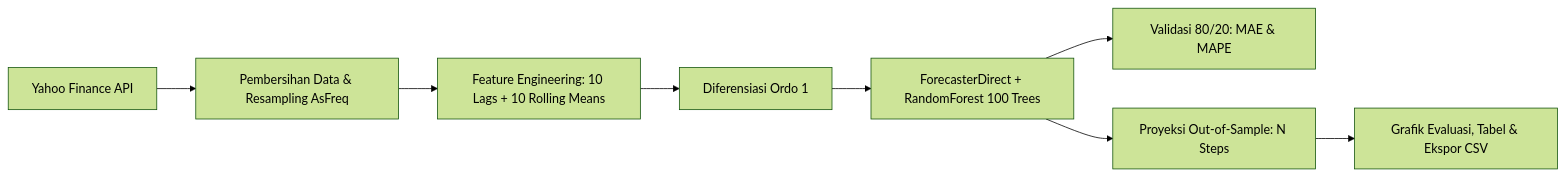
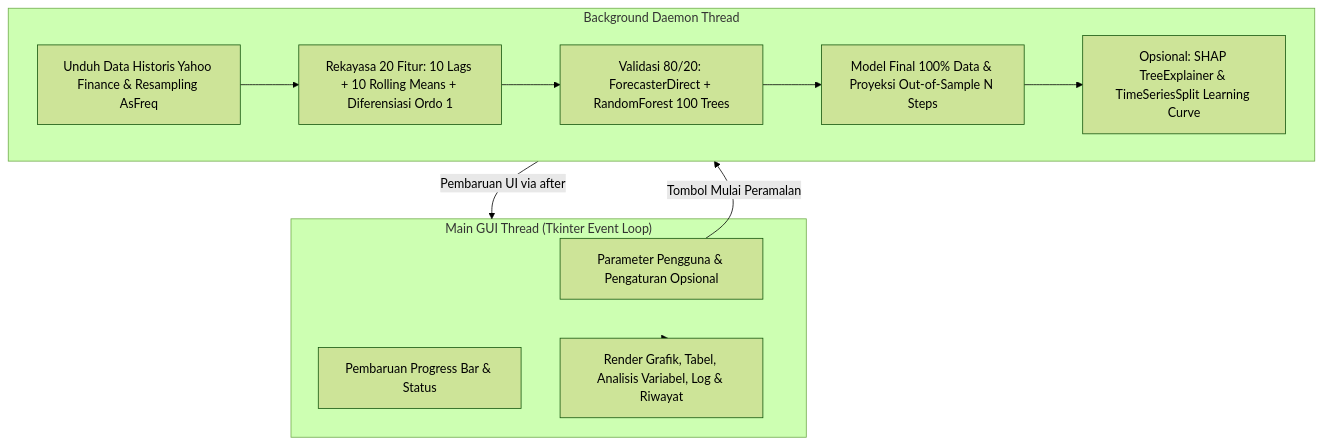
The diagram in README.md (Cahyo-Wisanggeni/Yahoo-Finance-Forecaster), drawn with Mermaid (forest theme) before and after one commit. The commit also changed other lines of this file and 26 other files, not shown here.

````diff
--- a/README.md
+++ b/README.md
@@ -178,10 +172,21 @@
 ```mermaid
-flowchart LR
-    A[Yahoo Finance API] --> B[Pembersihan Data & Resampling AsFreq]
-    B --> C[Feature Engineering: 10 Lags + 10 Rolling Means]
-    C --> D[Diferensiasi Ordo 1]
-    D --> E[ForecasterDirect + RandomForest 100 Trees]
-    E --> F[Validasi 80/20: MAE & MAPE]
-    E --> G[Proyeksi Out-of-Sample: N Steps]
-    G --> H[Grafik Evaluasi, Tabel & Ekspor CSV]
+flowchart TD
+    subgraph UI ["Main GUI Thread (Tkinter Event Loop)"]
+        A[Parameter Pengguna & Pengaturan Opsional]
+        B[Pembaruan Progress Bar & Status]
+        C[Render Grafik, Tabel, Analisis Variabel, Log & Riwayat]
+    end
+
+    subgraph Worker ["Background Daemon Thread"]
+        D[Unduh Data Historis Yahoo Finance & Resampling AsFreq]
+        E[Rekayasa 20 Fitur: 10 Lags + 10 Rolling Means + Diferensiasi Ordo 1]
+        F[Validasi 80/20: ForecasterDirect + RandomForest 100 Trees]
+        G[Model Final 100% Data & Proyeksi Out-of-Sample N Steps]
+        H[Opsional: SHAP TreeExplainer & TimeSeriesSplit Learning Curve]
+    end
+
+    A -->|Tombol Mulai Peramalan| Worker
+    D --> E --> F --> G --> H
+    Worker -->|Pembaruan UI via after| UI
+    UI --> C
 ```
````
